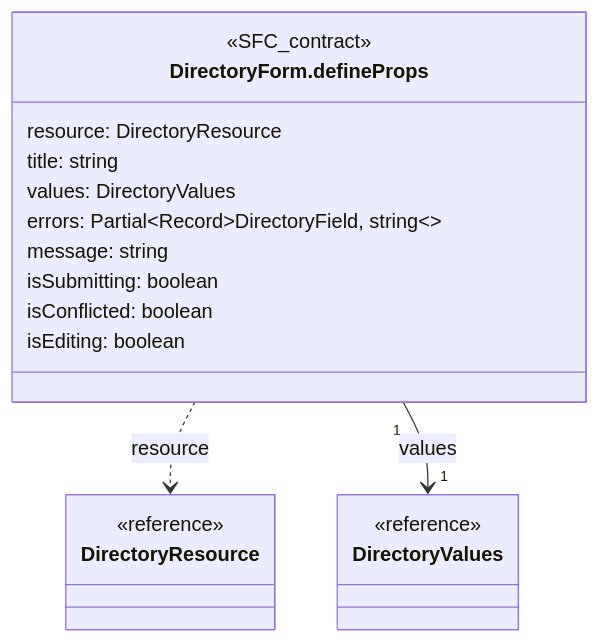
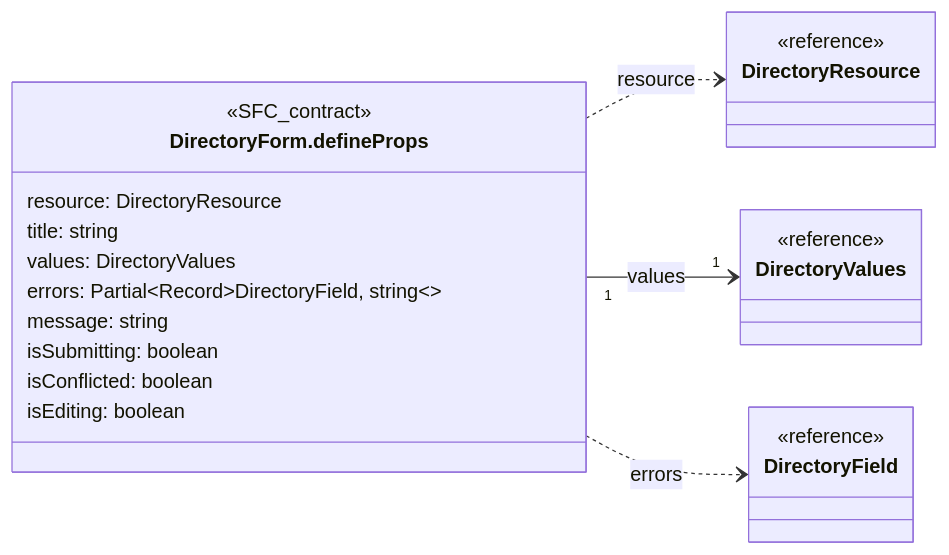
The first of 24 diagrams in front/docs/architecture/views/logical/type-reference/directory.md (gpgsistemas01/nexus), drawn with Mermaid before and after one commit. The commit also changed other lines of this file and 37 other files, not shown here.

Commit message:
docs: depurar diagramas y conservar contratos propios del frontend

````diff
--- a/front/docs/architecture/views/logical/type-reference/directory.md
+++ b/front/docs/architecture/views/logical/type-reference/directory.md
@@ -36,23 +30,27 @@
 ```mermaid
 classDiagram
-    direction TB
+    direction LR
     class Subject["DirectoryForm.defineProps"] {
         <<SFC_contract>>
         resource: DirectoryResource
         title: string
         values: DirectoryValues
         errors: Partial~Record~DirectoryField, string~~
         message: string
         isSubmitting: boolean
         isConflicted: boolean
         isEditing: boolean
     }
     class R0["DirectoryResource"] {
         <<reference>>
     }
     class R1["DirectoryValues"] {
         <<reference>>
     }
+    class R2["DirectoryField"] {
+        <<reference>>
+    }
     Subject ..> R0 : resource
     Subject "1" --> "1" R1 : values
+    Subject ..> R2 : errors
 ```
````
